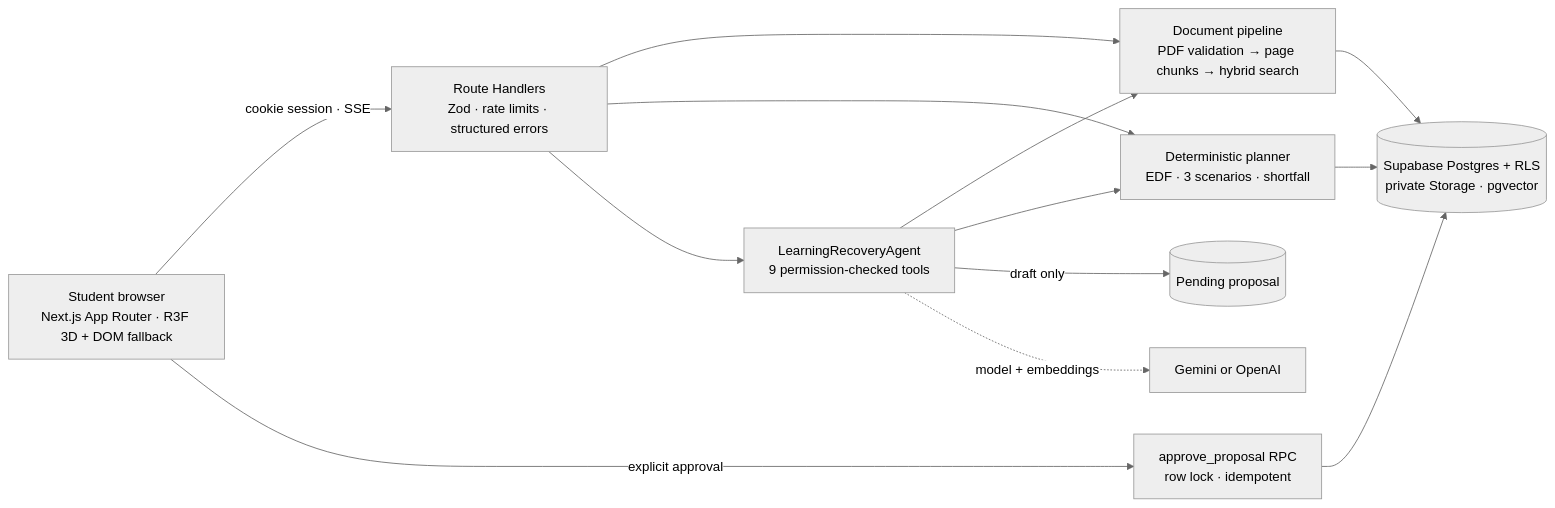
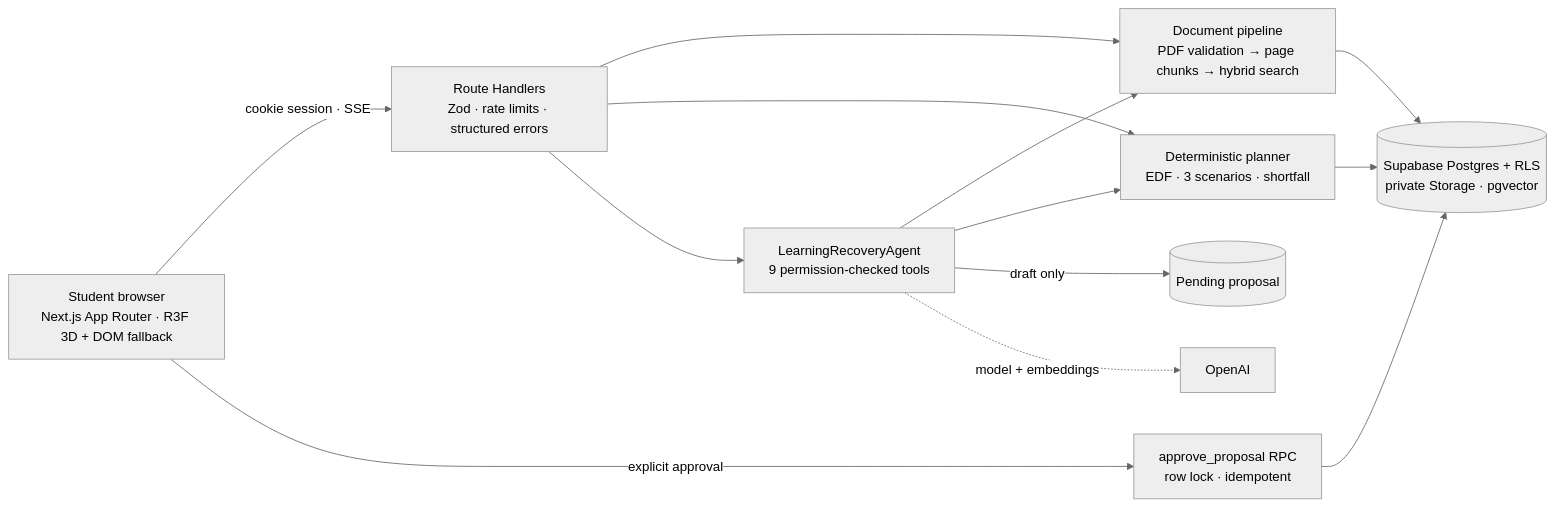
Before and after one commit to krish2105/CatchupAI-Agentic-AI: the diagram in README.md, drawn with Mermaid (neutral theme). The commit also changed other lines of this file and 40 other files, not shown here.

First line of the commit message:
OpenAI as the only AI provider: remove Gemini from code, settings, screens and setup (ADR-088)

````diff
--- a/README.md
+++ b/README.md
@@ -118,15 +118,15 @@
 ```mermaid
 flowchart LR
   U[Student browser<br/>Next.js App Router · R3F 3D + DOM fallback] -->|cookie session · SSE| API[Route Handlers<br/>Zod · rate limits · structured errors]
   API --> RAG[Document pipeline<br/>PDF validation → page chunks → hybrid search]
   API --> PLAN[Deterministic planner<br/>EDF · 3 scenarios · shortfall]
   API --> AGENT[LearningRecoveryAgent<br/>9 permission-checked tools]
   AGENT --> RAG
   AGENT --> PLAN
   AGENT -->|draft only| PROP[(Pending proposal)]
   U -->|explicit approval| APPROVE[approve_proposal RPC<br/>row lock · idempotent]
   APPROVE --> DB[(Supabase Postgres + RLS<br/>private Storage · pgvector)]
   RAG --> DB
   PLAN --> DB
-  AGENT -. model + embeddings .-> OAI[Gemini or OpenAI]
+  AGENT -. model + embeddings .-> OAI[OpenAI]
 ```
````
